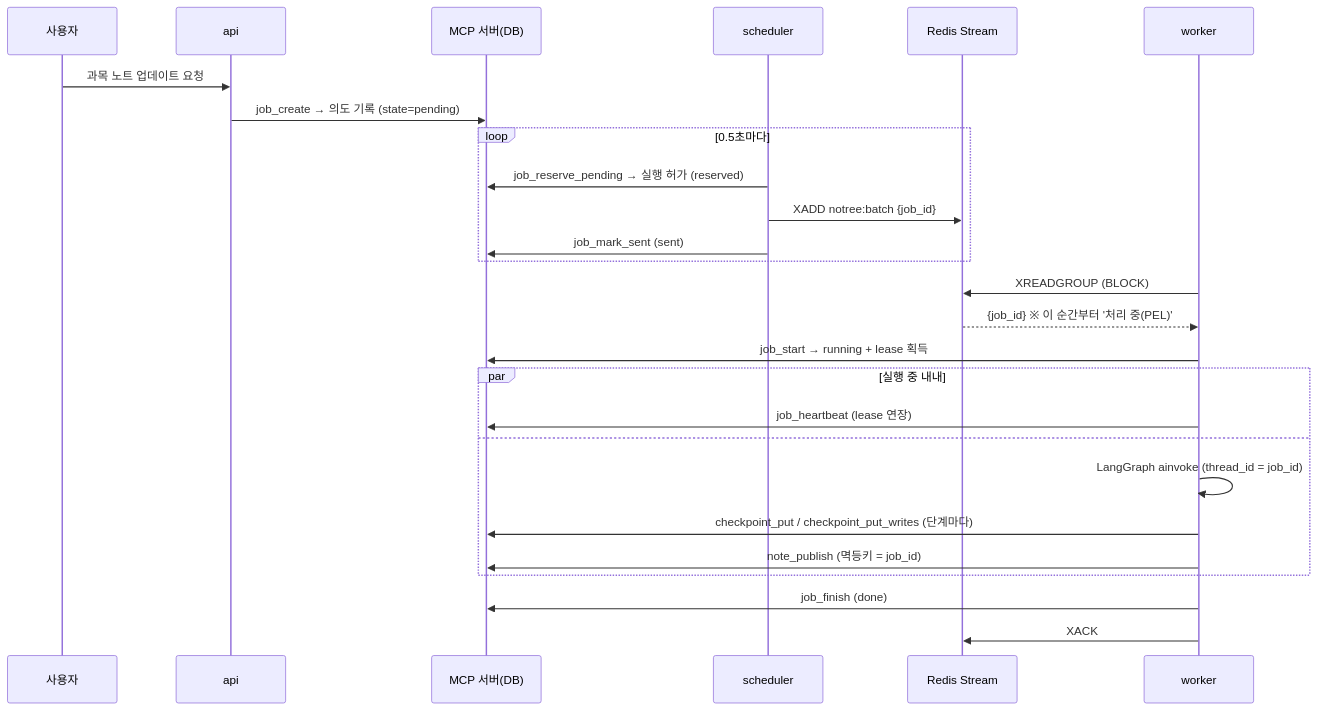
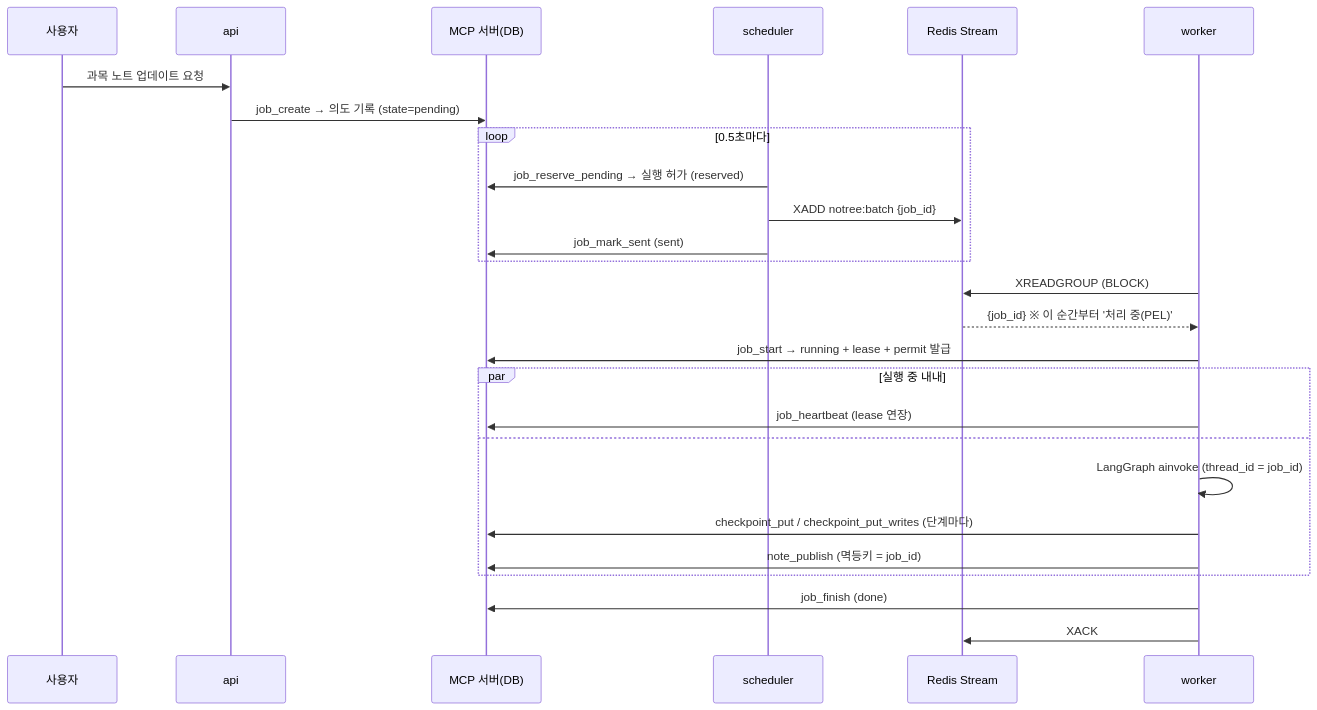
The diagram in docs/worker-flow.md (solremifa/notree-langgraph), drawn with Mermaid before and after one commit. The commit also changed other lines of this file and 34 other files, not shown here.

````diff
--- a/docs/worker-flow.md
+++ b/docs/worker-flow.md
@@ -22,29 +22,29 @@
 ```mermaid
 sequenceDiagram
     participant U as 사용자
     participant API as api
     participant M as MCP 서버(DB)
     participant S as scheduler
     participant R as Redis Stream
     participant W as worker
 
     U->>API: 과목 노트 업데이트 요청
     API->>M: job_create → 의도 기록 (state=pending)
     loop 0.5초마다
         S->>M: job_reserve_pending → 실행 허가 (reserved)
         S->>R: XADD notree:batch {job_id}
         S->>M: job_mark_sent (sent)
     end
     W->>R: XREADGROUP (BLOCK)
     R-->>W: {job_id}  ※ 이 순간부터 '처리 중(PEL)'
-    W->>M: job_start → running + lease 획득
+    W->>M: job_start → running + lease + permit 발급
     par 실행 중 내내
         W->>M: job_heartbeat (lease 연장)
     and
         W->>W: LangGraph ainvoke (thread_id = job_id)
         W->>M: checkpoint_put / checkpoint_put_writes (단계마다)
         W->>M: note_publish (멱등키 = job_id)
     end
     W->>M: job_finish (done)
     W->>R: XACK
 ```
````
